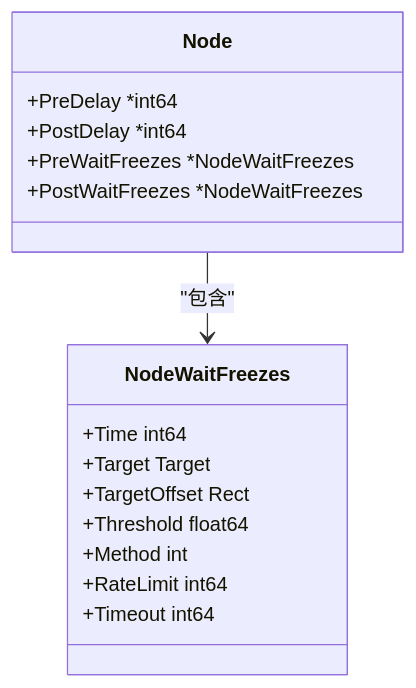
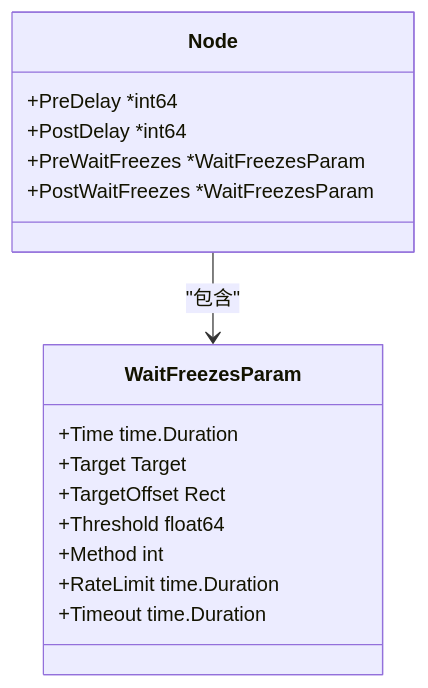
One commit to kqcoxn/MaaPipelineEditor changed the seventh of 8 diagrams in instructions/maafw-golang-binding/高级功能/流水线配置/节点结构详解/动作配置详解/动作配置详解.md. Above: the diagram before and after it, drawn with Mermaid. The commit also changed other lines of this file and 6 other files, not shown here.

````diff
--- a/instructions/maafw-golang-binding/高级功能/流水线配置/节点结构详解/动作配置详解/动作配置详解.md
+++ b/instructions/maafw-golang-binding/高级功能/流水线配置/节点结构详解/动作配置详解/动作配置详解.md
@@ -243,19 +341,19 @@
 ```mermaid
 classDiagram
 class Node {
 +PreDelay *int64
 +PostDelay *int64
-+PreWaitFreezes *NodeWaitFreezes
-+PostWaitFreezes *NodeWaitFreezes
++PreWaitFreezes *WaitFreezesParam
++PostWaitFreezes *WaitFreezesParam
 }
-class NodeWaitFreezes {
-+Time int64
+class WaitFreezesParam {
++Time time.Duration
 +Target Target
 +TargetOffset Rect
 +Threshold float64
 +Method int
-+RateLimit int64
-+Timeout int64
++RateLimit time.Duration
++Timeout time.Duration
 }
-Node --> NodeWaitFreezes : "包含"
+Node --> WaitFreezesParam : "包含"
 ```
````
